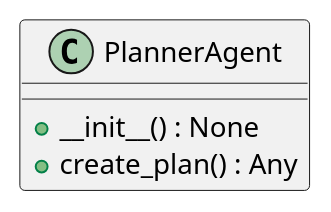
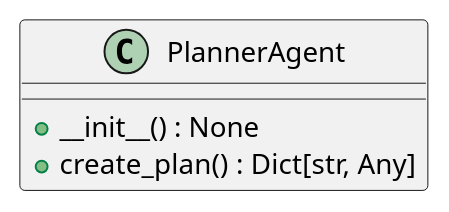
Before and after one commit to lgcorzo/llmops-python-package: the first of 6 diagrams in openwiki/modules/src/autogen_team/application/agents/planner_agent.md, drawn with PlantUML. The commit also changed other lines of this file and 155 other files, not shown here.

````diff
--- a/openwiki/modules/src/autogen_team/application/agents/planner_agent.md
+++ b/openwiki/modules/src/autogen_team/application/agents/planner_agent.md
@@ -54,8 +63,8 @@
 ```plantuml
 @startuml
     class PlannerAgent {
         +__init__() : None
-        +create_plan() : Any
+        +create_plan() : Dict[str, Any]
     }
 @enduml
 ```
````
